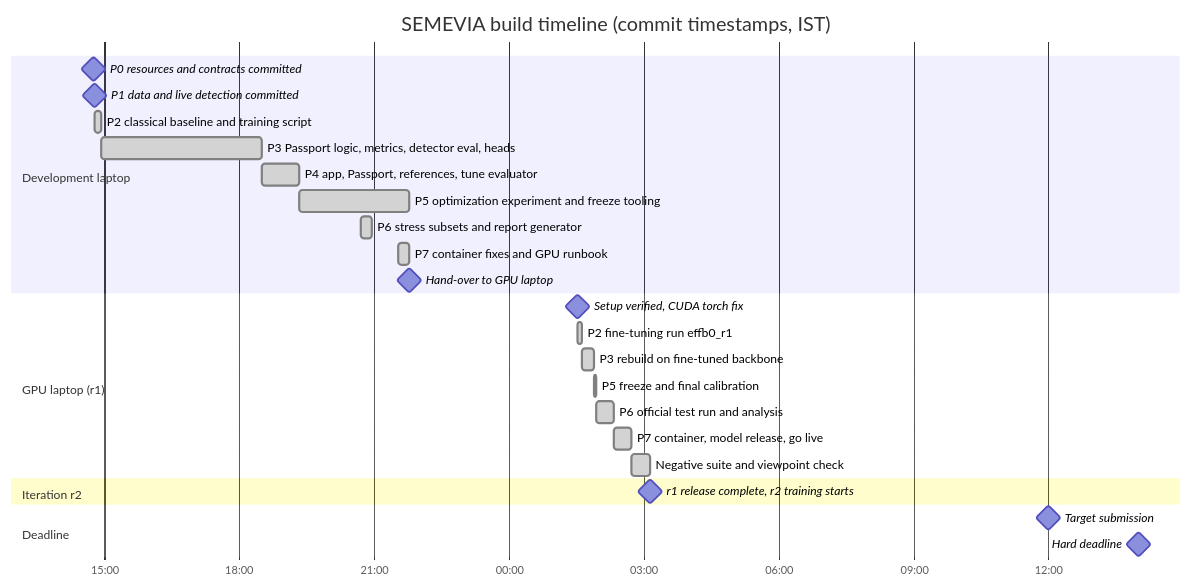
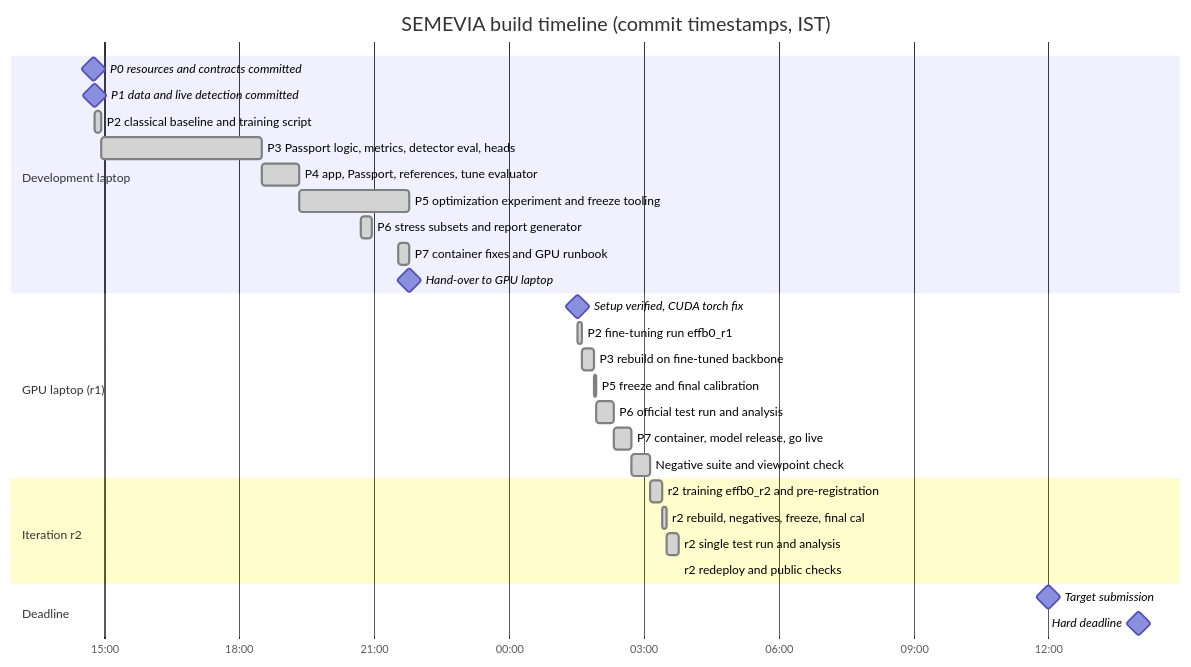
Before and after one commit to DuhItzAniket/SEMEVIA: the first of 2 diagrams in docs/timeline.md, drawn with Mermaid. The commit also changed other lines of this file and 4 other files, not shown here.

````diff
--- a/docs/timeline.md
+++ b/docs/timeline.md
@@ -35,34 +34,37 @@
 ```mermaid
 gantt
     title SEMEVIA build timeline (commit timestamps, IST)
     dateFormat YYYY-MM-DD HH:mm
     axisFormat %H:%M
     todayMarker off
 
     section Development laptop
     P0 resources and contracts committed        :milestone, p0, 2026-11-06 14:46, 0d
     P1 data and live detection committed        :milestone, p1, 2026-11-06 14:47, 0d
     P2 classical baseline and training script   :done, p2a, 2026-11-06 14:47, 2026-11-06 14:57
     P3 Passport logic, metrics, detector eval, heads :done, p3a, 2026-11-06 14:57, 2026-11-06 18:30
     P4 app, Passport, references, tune evaluator :done, p4a, 2026-11-06 18:30, 2026-11-06 19:21
     P5 optimization experiment and freeze tooling :done, p5a, 2026-11-06 19:21, 2026-11-06 21:47
     P6 stress subsets and report generator      :done, p6a, 2026-11-06 20:42, 2026-11-06 20:57
     P7 container fixes and GPU runbook          :done, p7a, 2026-11-06 21:33, 2026-11-06 21:47
     Hand-over to GPU laptop                     :milestone, ho, 2026-11-06 21:47, 0d
 
     section GPU laptop (r1)
     Setup verified, CUDA torch fix              :milestone, s1, 2026-11-07 01:31, 0d
     P2 fine-tuning run effb0_r1                 :done, p2b, 2026-11-07 01:31, 2026-11-07 01:37
     P3 rebuild on fine-tuned backbone           :done, p3b, 2026-11-07 01:37, 2026-11-07 01:53
     P5 freeze and final calibration             :done, p5b, 2026-11-07 01:53, 2026-11-07 01:56
     P6 official test run and analysis           :done, p6b, 2026-11-07 01:56, 2026-11-07 02:20
     P7 container, model release, go live        :done, p7b, 2026-11-07 02:20, 2026-11-07 02:43
     Negative suite and viewpoint check          :done, neg, 2026-11-07 02:43, 2026-11-07 03:09
 
     section Iteration r2
-    r1 release complete, r2 training starts     :milestone, r2s, 2026-11-07 03:09, 0d
+    r2 training effb0_r2 and pre-registration   :done, r2a, 2026-11-07 03:09, 2026-11-07 03:25
+    r2 rebuild, negatives, freeze, final cal    :done, r2b, 2026-11-07 03:25, 2026-11-07 03:30
+    r2 single test run and analysis             :done, r2c, 2026-11-07 03:30, 2026-11-07 03:46
+    r2 redeploy and public checks               :done, r2d, 2026-11-07 03:46, 2026-11-07 03:47
 
     section Deadline
     Target submission                           :milestone, dl1, 2026-11-07 12:00, 0d
     Hard deadline                               :milestone, dl2, 2026-11-07 14:00, 0d
 ```
````
